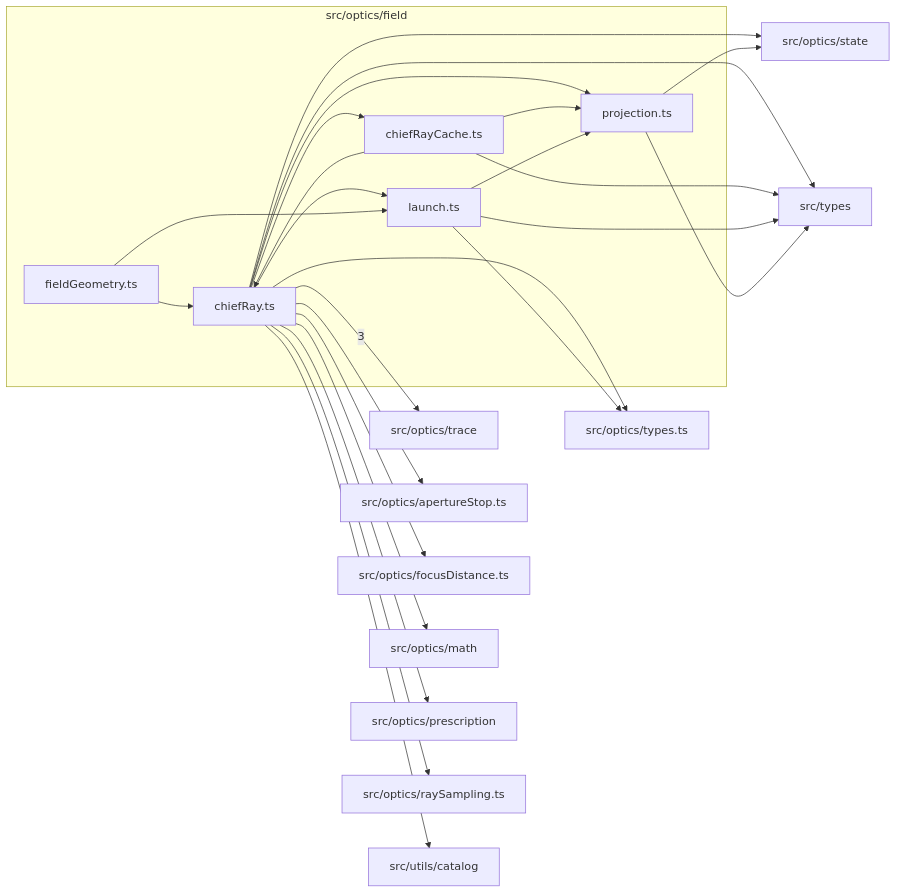
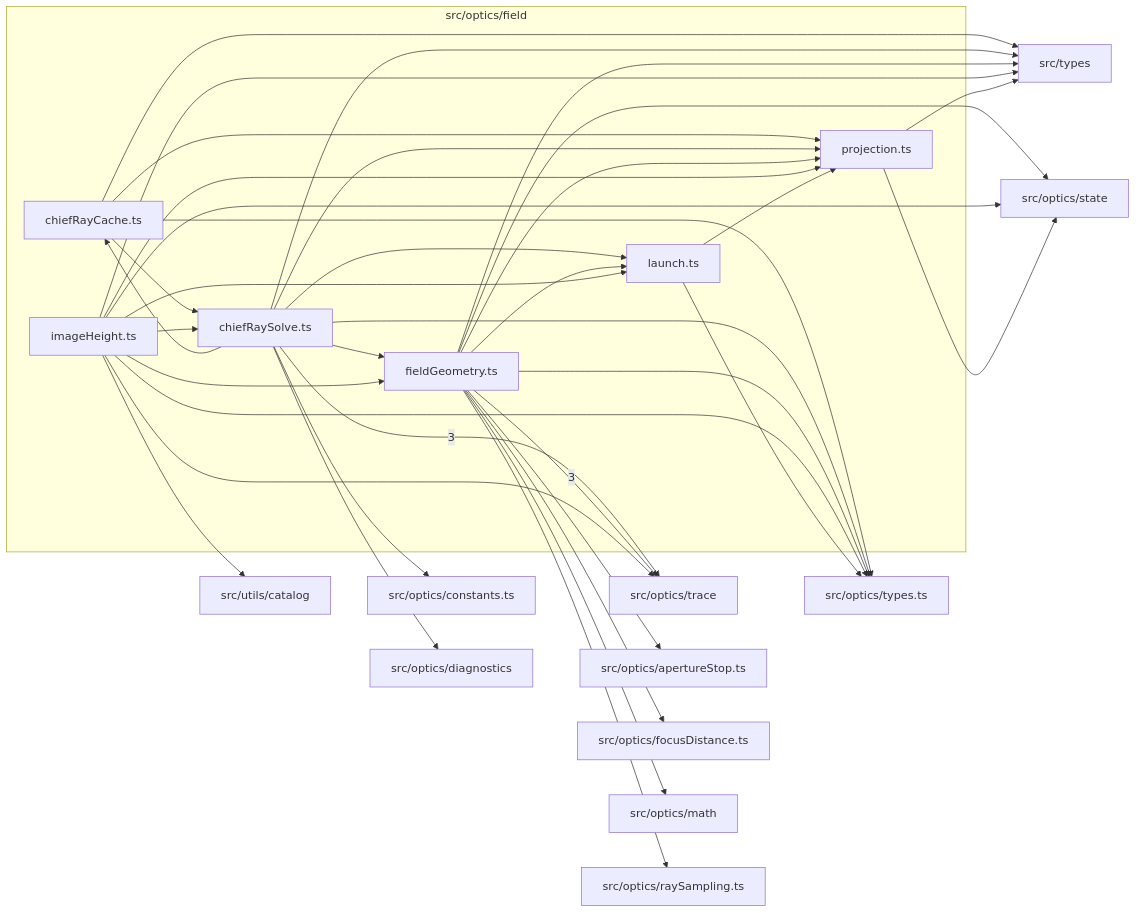
One commit to ronbuening/LensVisualizer changed the diagram in src/optics/field/readme.md. Above: the diagram before and after it, drawn with Mermaid. The commit also changed other lines of this file and 42 other files, not shown here.

Commit message:
S6.P1.T1 Field module on prepared geometry

````diff
--- a/src/optics/field/readme.md
+++ b/src/optics/field/readme.md
@@ -9,43 +9,58 @@
 ```mermaid
 flowchart LR
   subgraph n_src_optics_field["src/optics/field"]
-    n_src_optics_field_src_optics_field_chiefRay_ts["chiefRay.ts"]
     n_src_optics_field_src_optics_field_chiefRayCache_ts["chiefRayCache.ts"]
+    n_src_optics_field_src_optics_field_chiefRaySolve_ts["chiefRaySolve.ts"]
     n_src_optics_field_src_optics_field_fieldGeometry_ts["fieldGeometry.ts"]
+    n_src_optics_field_src_optics_field_imageHeight_ts["imageHeight.ts"]
     n_src_optics_field_src_optics_field_launch_ts["launch.ts"]
     n_src_optics_field_src_optics_field_projection_ts["projection.ts"]
   end
   n_external_src_optics_trace["src/optics/trace"]
   n_external_src_optics_apertureStop_ts["src/optics/apertureStop.ts"]
+  n_external_src_optics_constants_ts["src/optics/constants.ts"]
+  n_external_src_optics_diagnostics["src/optics/diagnostics"]
   n_external_src_optics_focusDistance_ts["src/optics/focusDistance.ts"]
   n_external_src_optics_math["src/optics/math"]
-  n_external_src_optics_prescription["src/optics/prescription"]
   n_external_src_optics_raySampling_ts["src/optics/raySampling.ts"]
   n_external_src_optics_state["src/optics/state"]
   n_external_src_optics_types_ts["src/optics/types.ts"]
   n_external_src_types["src/types"]
   n_external_src_utils_catalog["src/utils/catalog"]
-  n_src_optics_field_src_optics_field_chiefRay_ts --> |3| n_external_src_optics_trace
-  n_src_optics_field_src_optics_field_chiefRay_ts --> n_external_src_optics_apertureStop_ts
-  n_src_optics_field_src_optics_field_chiefRay_ts --> n_external_src_optics_focusDistance_ts
-  n_src_optics_field_src_optics_field_chiefRay_ts --> n_external_src_optics_math
-  n_src_optics_field_src_optics_field_chiefRay_ts --> n_external_src_optics_prescription
-  n_src_optics_field_src_optics_field_chiefRay_ts --> n_external_src_optics_raySampling_ts
-  n_src_optics_field_src_optics_field_chiefRay_ts --> n_external_src_optics_state
+  n_src_optics_field_src_optics_field_chiefRaySolve_ts --> |3| n_external_src_optics_trace
+  n_src_optics_field_src_optics_field_fieldGeometry_ts --> |3| n_external_src_optics_trace
+  n_src_optics_field_src_optics_field_fieldGeometry_ts --> n_external_src_optics_apertureStop_ts
+  n_src_optics_field_src_optics_field_chiefRaySolve_ts --> n_external_src_optics_constants_ts
+  n_src_optics_field_src_optics_field_chiefRaySolve_ts --> n_external_src_optics_diagnostics
+  n_src_optics_field_src_optics_field_fieldGeometry_ts --> n_external_src_optics_focusDistance_ts
+  n_src_optics_field_src_optics_field_fieldGeometry_ts --> n_external_src_optics_math
+  n_src_optics_field_src_optics_field_fieldGeometry_ts --> n_external_src_optics_raySampling_ts
+  n_src_optics_field_src_optics_field_fieldGeometry_ts --> n_external_src_optics_state
+  n_src_optics_field_src_optics_field_imageHeight_ts --> n_external_src_optics_state
   n_src_optics_field_src_optics_field_projection_ts --> n_external_src_optics_state
-  n_src_optics_field_src_optics_field_chiefRay_ts --> n_external_src_optics_types_ts
+  n_src_optics_field_src_optics_field_imageHeight_ts --> n_external_src_optics_trace
+  n_src_optics_field_src_optics_field_chiefRayCache_ts --> n_external_src_optics_types_ts
+  n_src_optics_field_src_optics_field_chiefRaySolve_ts --> n_external_src_optics_types_ts
+  n_src_optics_field_src_optics_field_fieldGeometry_ts --> n_external_src_optics_types_ts
+  n_src_optics_field_src_optics_field_imageHeight_ts --> n_external_src_optics_types_ts
   n_src_optics_field_src_optics_field_launch_ts --> n_external_src_optics_types_ts
-  n_src_optics_field_src_optics_field_chiefRay_ts --> n_external_src_types
   n_src_optics_field_src_optics_field_chiefRayCache_ts --> n_external_src_types
-  n_src_optics_field_src_optics_field_launch_ts --> n_external_src_types
+  n_src_optics_field_src_optics_field_chiefRaySolve_ts --> n_external_src_types
+  n_src_optics_field_src_optics_field_fieldGeometry_ts --> n_external_src_types
+  n_src_optics_field_src_optics_field_imageHeight_ts --> n_external_src_types
   n_src_optics_field_src_optics_field_projection_ts --> n_external_src_types
-  n_src_optics_field_src_optics_field_chiefRay_ts --> n_external_src_utils_catalog
-  n_src_optics_field_src_optics_field_chiefRayCache_ts --> n_src_optics_field_src_optics_field_chiefRay_ts
-  n_src_optics_field_src_optics_field_fieldGeometry_ts --> n_src_optics_field_src_optics_field_chiefRay_ts
-  n_src_optics_field_src_optics_field_chiefRay_ts --> n_src_optics_field_src_optics_field_chiefRayCache_ts
-  n_src_optics_field_src_optics_field_chiefRay_ts --> n_src_optics_field_src_optics_field_launch_ts
+  n_src_optics_field_src_optics_field_imageHeight_ts --> n_external_src_utils_catalog
+  n_src_optics_field_src_optics_field_chiefRaySolve_ts --> n_src_optics_field_src_optics_field_chiefRayCache_ts
+  n_src_optics_field_src_optics_field_chiefRayCache_ts --> n_src_optics_field_src_optics_field_chiefRaySolve_ts
+  n_src_optics_field_src_optics_field_imageHeight_ts --> n_src_optics_field_src_optics_field_chiefRaySolve_ts
+  n_src_optics_field_src_optics_field_chiefRaySolve_ts --> n_src_optics_field_src_optics_field_fieldGeometry_ts
+  n_src_optics_field_src_optics_field_imageHeight_ts --> n_src_optics_field_src_optics_field_fieldGeometry_ts
+  n_src_optics_field_src_optics_field_chiefRaySolve_ts --> n_src_optics_field_src_optics_field_launch_ts
   n_src_optics_field_src_optics_field_fieldGeometry_ts --> n_src_optics_field_src_optics_field_launch_ts
-  n_src_optics_field_src_optics_field_chiefRay_ts --> n_src_optics_field_src_optics_field_projection_ts
+  n_src_optics_field_src_optics_field_imageHeight_ts --> n_src_optics_field_src_optics_field_launch_ts
   n_src_optics_field_src_optics_field_chiefRayCache_ts --> n_src_optics_field_src_optics_field_projection_ts
+  n_src_optics_field_src_optics_field_chiefRaySolve_ts --> n_src_optics_field_src_optics_field_projection_ts
+  n_src_optics_field_src_optics_field_fieldGeometry_ts --> n_src_optics_field_src_optics_field_projection_ts
+  n_src_optics_field_src_optics_field_imageHeight_ts --> n_src_optics_field_src_optics_field_projection_ts
   n_src_optics_field_src_optics_field_launch_ts --> n_src_optics_field_src_optics_field_projection_ts
 ```
````
